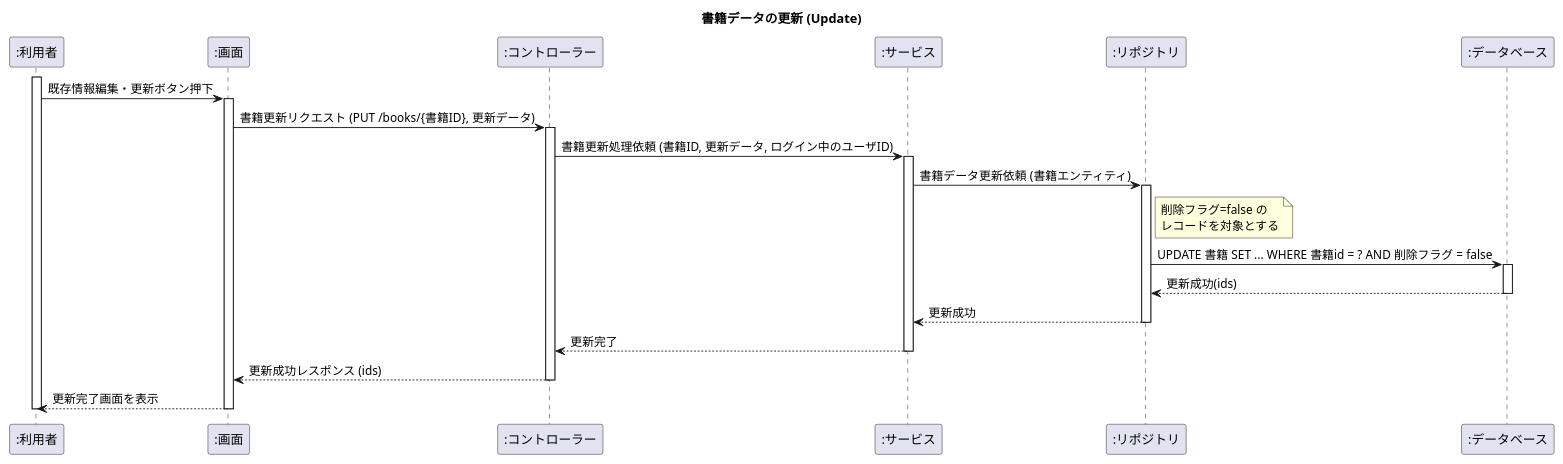
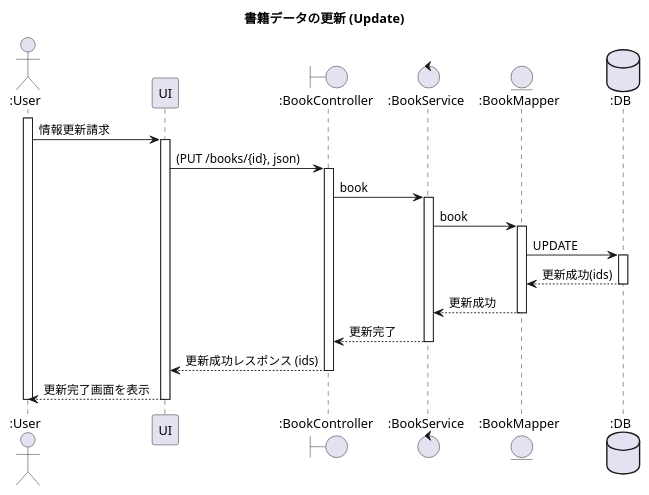
Before and after one commit to kien-ri/demo: the diagram in document/book/updateBook.puml, drawn with PlantUML. The commit also changed 9 other files, not shown here.

```diff
--- a/document/book/updateBook.puml
+++ b/document/book/updateBook.puml
@@ -1,27 +1,25 @@
 @startuml updateBook
 
 title 書籍データの更新 (Update)
 
-participant ":利用者" as User
-participant ":画面" as UI
-participant ":コントローラー" as Controller
-participant ":サービス" as Service
-participant ":リポジトリ" as Repo
-participant ":データベース" as DB
+actor ":User" as User
+participant "UI" as UI
+boundary ":BookController" as BookController
+control ":BookService" as BookService
+entity ":BookMapper" as BookMapper
+database ":DB" as DB
 
 activate User
-User -> UI ++ : 既存情報編集・更新ボタン押下
-UI -> Controller ++ : 書籍更新リクエスト (PUT /books/{書籍ID}, 更新データ)
-Controller -> Service ++ : 書籍更新処理依頼 (書籍ID, 更新データ, ログイン中のユーザID)
-' note over Service : ユーザIDを更新するかは要件による\n(ここでは更新しない想定)
-Service -> Repo ++ : 書籍データ更新依頼 (書籍エンティティ)
-note right of Repo : 削除フラグ=false の\nレコードを対象とする
-Repo -> DB ++ : UPDATE 書籍 SET ... WHERE 書籍id = ? AND 削除フラグ = false
-DB --> Repo -- : 更新成功(ids)
-Repo --> Service -- : 更新成功
-Service --> Controller -- : 更新完了
-Controller --> UI -- : 更新成功レスポンス (ids)
+User -> UI ++ : 情報更新請求
+UI -> BookController ++ : (PUT /books/{id}, json)
+BookController -> BookService ++ : book
+BookService -> BookMapper ++ : book
+BookMapper -> DB ++ : UPDATE
+DB --> BookMapper -- : 更新成功(ids)
+BookMapper --> BookService -- : 更新成功
+BookService --> BookController -- : 更新完了
+BookController --> UI -- : 更新成功レスポンス (ids)
 UI --> User -- : 更新完了画面を表示
 deactivate User
 
 @enduml
```
